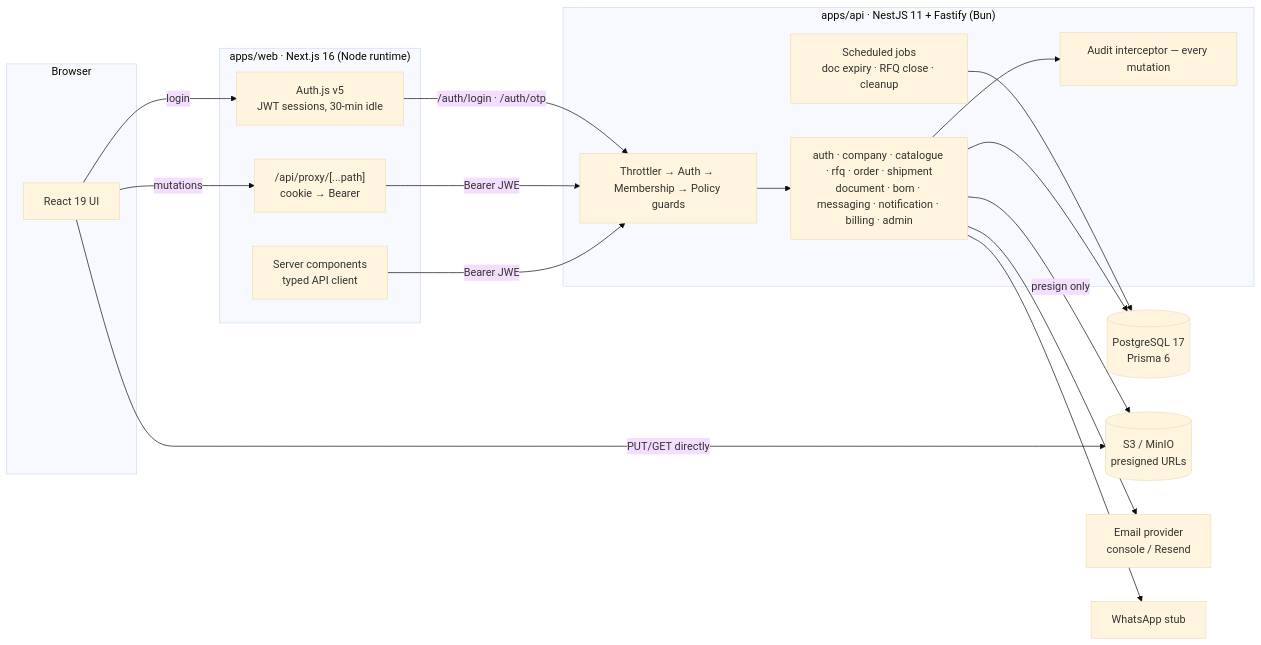
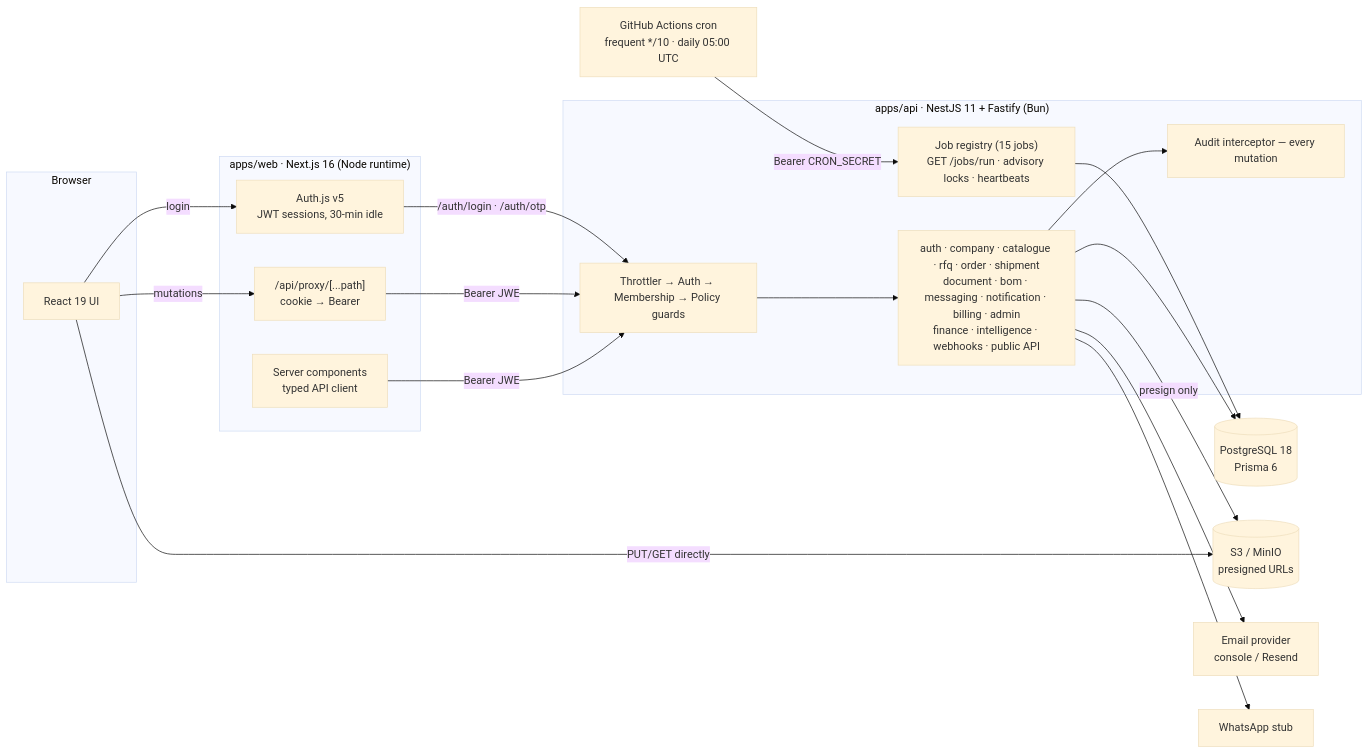
Before and after one commit to ionatech2025/global_pharmachain: the diagram in README.md, drawn with Mermaid (base theme). The commit also changed other lines of this file and 2 other files, not shown here.

````diff
--- a/README.md
+++ b/README.md
@@ -76,37 +84,39 @@
 ```mermaid
 flowchart LR
   subgraph Browser
     UI[React 19 UI]
   end
 
   subgraph web["apps/web · Next.js 16 (Node runtime)"]
     RSC[Server components<br/>typed API client]
     PROXY["/api/proxy/[...path]<br/>cookie → Bearer"]
     AUTHJS[Auth.js v5<br/>JWT sessions, 30-min idle]
   end
 
   subgraph api["apps/api · NestJS 11 + Fastify (Bun)"]
     GUARDS[Throttler → Auth → Membership → Policy guards]
-    MODULES[auth · company · catalogue · rfq · order · shipment<br/>document · bom · messaging · notification · billing · admin]
+    MODULES[auth · company · catalogue · rfq · order · shipment<br/>document · bom · messaging · notification · billing · admin<br/>finance · intelligence · webhooks · public API]
     AUDIT[Audit interceptor — every mutation]
-    JOBS[Scheduled jobs<br/>doc expiry · RFQ close · cleanup]
+    JOBS["Job registry (15 jobs)<br/>GET /jobs/run · advisory locks · heartbeats"]
   end
 
-  DB[(PostgreSQL 17<br/>Prisma 6)]
+  CRON[GitHub Actions cron<br/>frequent */10 · daily 05:00 UTC]
+  DB[(PostgreSQL 18<br/>Prisma 6)]
   S3[(S3 / MinIO<br/>presigned URLs)]
   MAIL[Email provider<br/>console / Resend]
   WA[WhatsApp stub]
 
   UI -->|mutations| PROXY
   UI -->|login| AUTHJS
   RSC -->|Bearer JWE| GUARDS
   PROXY -->|Bearer JWE| GUARDS
   AUTHJS -->|"/auth/login · /auth/otp"| GUARDS
   GUARDS --> MODULES --> AUDIT
   MODULES --> DB
   MODULES -->|presign only| S3
   UI -->|PUT/GET directly| S3
   MODULES --> MAIL
   MODULES --> WA
+  CRON -->|Bearer CRON_SECRET| JOBS
   JOBS --> DB
 ```
````
